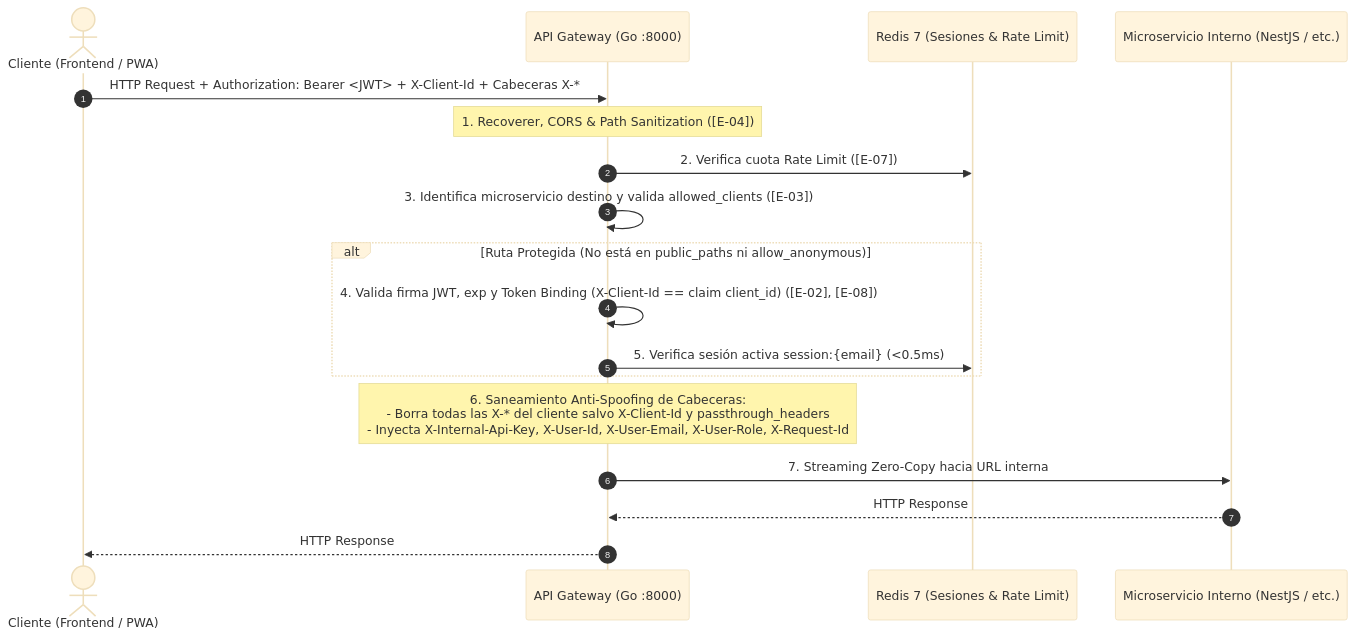
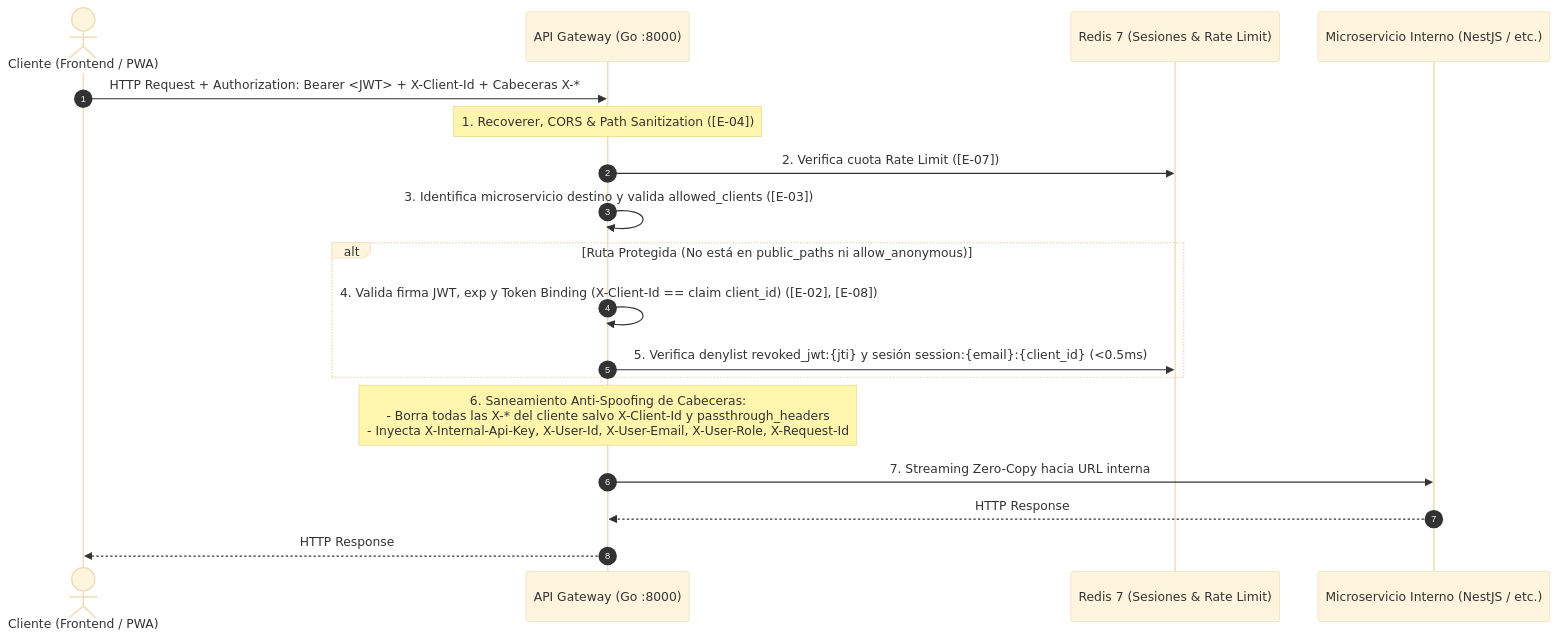
Before and after one commit to Pancho28/api-gateway-auth: the diagram in SPEC_API_GATEWAY_AUTH.md, drawn with Mermaid (base theme). The commit also changed other lines of this file and 16 other files, not shown here.

Commit message:
feat: implement multi-client sessions, JWT jti revocation, and configurable CORS and timeouts

````diff
--- a/SPEC_API_GATEWAY_AUTH.md
+++ b/SPEC_API_GATEWAY_AUTH.md
@@ -30,21 +30,21 @@
 ```mermaid
 sequenceDiagram
     autonumber
     actor Client as Cliente (Frontend / PWA)
     participant GW as API Gateway (Go :8000)
     participant Redis as Redis 7 (Sesiones & Rate Limit)
     participant Upstream as Microservicio Interno (NestJS / etc.)
 
     Client->>GW: HTTP Request + Authorization: Bearer <JWT> + X-Client-Id + Cabeceras X-*
     Note over GW: 1. Recoverer, CORS & Path Sanitization ([E-04])
     GW->>Redis: 2. Verifica cuota Rate Limit ([E-07])
     GW->>GW: 3. Identifica microservicio destino y valida allowed_clients ([E-03])
     alt Ruta Protegida (No está en public_paths ni allow_anonymous)
         GW->>GW: 4. Valida firma JWT, exp y Token Binding (X-Client-Id == claim client_id) ([E-02], [E-08])
-        GW->>Redis: 5. Verifica sesión activa session:{email} (<0.5ms)
+        GW->>Redis: 5. Verifica denylist revoked_jwt:{jti} y sesión session:{email}:{client_id} (<0.5ms)
     end
     Note over GW: 6. Saneamiento Anti-Spoofing de Cabeceras:<br/>- Borra todas las X-* del cliente salvo X-Client-Id y passthrough_headers<br/>- Inyecta X-Internal-Api-Key, X-User-Id, X-User-Email, X-User-Role, X-Request-Id
     GW->>Upstream: 7. Streaming Zero-Copy hacia URL interna
     Upstream-->>GW: HTTP Response
     GW-->>Client: HTTP Response
 ```
````
